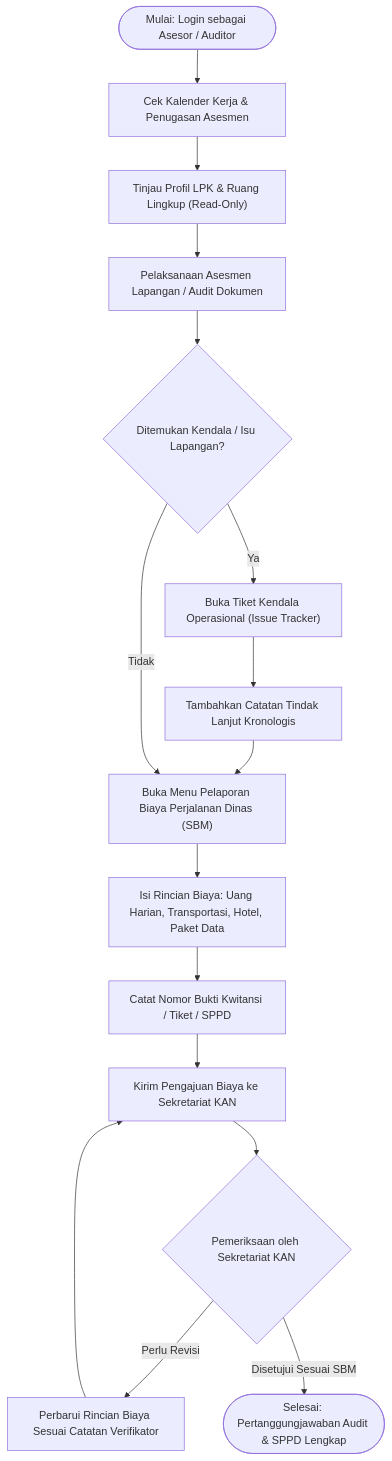
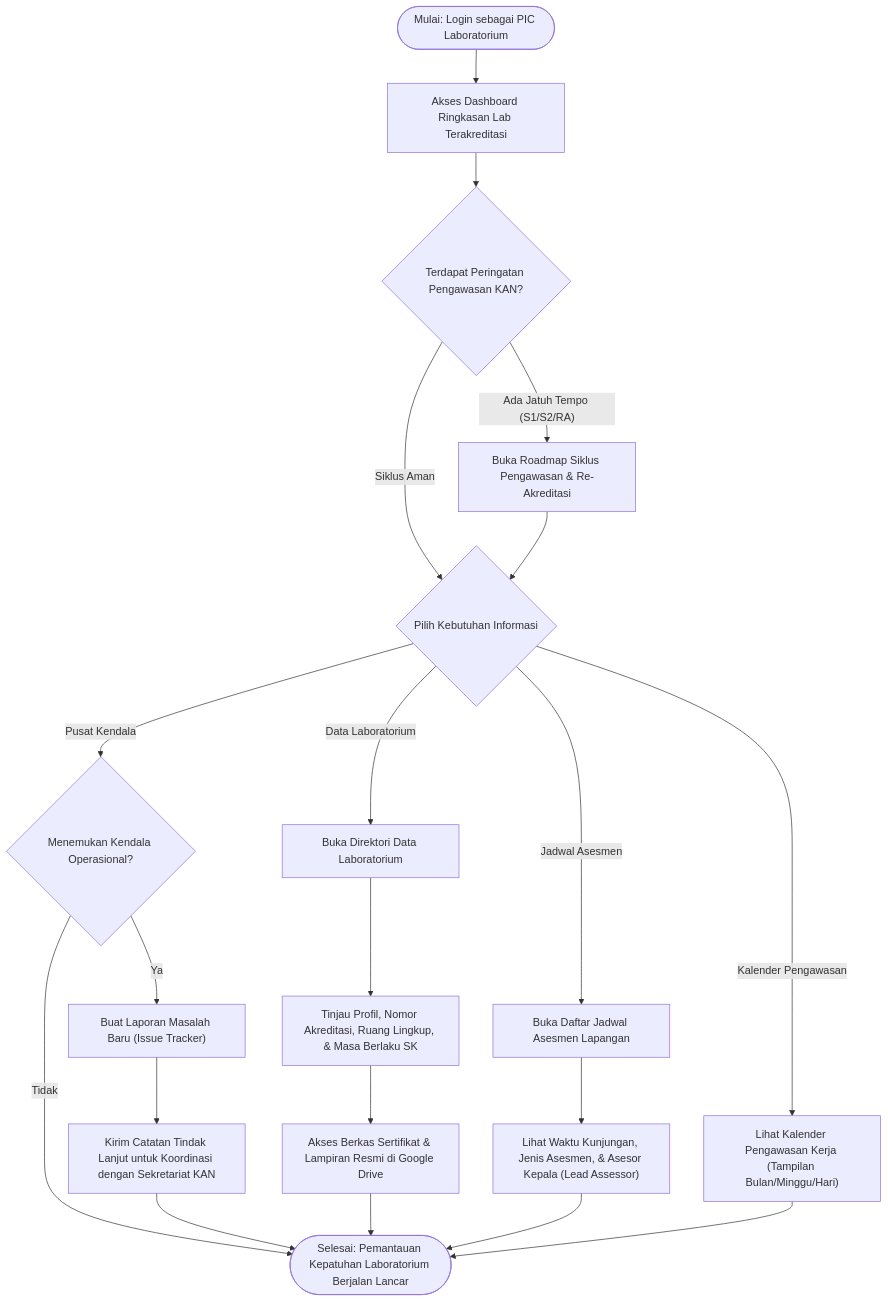
The second of 2 diagrams in README.md (greedykid/prototype-magang), drawn with Mermaid before and after one commit. The commit also changed other lines of this file and 37 other files, not shown here.

````diff
--- a/README.md
+++ b/README.md
@@ -141,21 +155,31 @@
 ```mermaid
 flowchart TD
-    StartAsesor(["Mulai: Login sebagai Asesor / Auditor"]) --> CekJadwal["Cek Kalender Kerja & Penugasan Asesmen"]
-    CekJadwal --> TinjauLPK["Tinjau Profil LPK & Ruang Lingkup (Read-Only)"]
-    TinjauLPK --> Pelaksanaan["Pelaksanaan Asesmen Lapangan / Audit Dokumen"]
+    StartPIC(["Mulai: Login sebagai PIC Laboratorium"]) --> DashboardPIC["Akses Dashboard Ringkasan Lab Terakreditasi"]
 
-    Pelaksanaan --> AdaKendala{"Ditemukan Kendala / Isu Lapangan?"}
-    AdaKendala -->|"Ya"| LaporIsu["Buka Tiket Kendala Operasional (Issue Tracker)"]
-    LaporIsu --> CatatFollowup["Tambahkan Catatan Tindak Lanjut Kronologis"]
-    CatatFollowup --> LaporBiaya["Buka Menu Pelaporan Biaya Perjalanan Dinas (SBM)"]
-    AdaKendala -->|"Tidak"| LaporBiaya
+    DashboardPIC --> CekNotif{"Terdapat Peringatan Pengawasan KAN?"}
+    CekNotif -->|"Ada Jatuh Tempo (S1/S2/RA)"| BukaRoadmap["Buka Roadmap Siklus Pengawasan & Re-Akreditasi"]
+    CekNotif -->|"Siklus Aman"| MenuPIC{"Pilih Kebutuhan Informasi"}
+    BukaRoadmap --> MenuPIC
 
-    LaporBiaya --> InputRincian["Isi Rincian Biaya: Uang Harian, Transportasi, Hotel, Paket Data"]
-    InputRincian --> LampirkanKwitansi["Catat Nomor Bukti Kwitansi / Tiket / SPPD"]
-    LampirkanKwitansi --> SubmitBiaya["Kirim Pengajuan Biaya ke Sekretariat KAN"]
+    %% 1. Direktori Lab & Dokumen Drive
+    MenuPIC -->|"Data Laboratorium"| LihatProfil["Buka Direktori Data Laboratorium"]
+    LihatProfil --> TinjauDetail["Tinjau Profil, Nomor Akreditasi, Ruang Lingkup, & Masa Berlaku SK"]
+    TinjauDetail --> BukaDrive["Akses Berkas Sertifikat & Lampiran Resmi di Google Drive"]
 
-    SubmitBiaya --> StatusBiaya{"Pemeriksaan oleh Sekretariat KAN"}
-    StatusBiaya -->|"Perlu Revisi"| PerbaikiBiaya["Perbarui Rincian Biaya Sesuai Catatan Verifikator"]
-    PerbaikiBiaya --> SubmitBiaya
-    StatusBiaya -->|"Disetujui Sesuai SBM"| SelesaiAsesor(["Selesai: Pertanggungjawaban Audit & SPPD Lengkap"])
+    %% 2. Jadwal Asesmen
+    MenuPIC -->|"Jadwal Asesmen"| CekAgenda["Buka Daftar Jadwal Asesmen Lapangan"]
+    CekAgenda --> RincianAgenda["Lihat Waktu Kunjungan, Jenis Asesmen, & Asesor Kepala (Lead Assessor)"]
+
+    %% 3. Kalender Pengawasan
+    MenuPIC -->|"Kalender Pengawasan"| BukaKalender["Lihat Kalender Pengawasan Kerja (Tampilan Bulan/Minggu/Hari)"]
+
+    %% 4. Pusat Kendala
+    MenuPIC -->|"Pusat Kendala"| LaporKendala{"Menemukan Kendala Operasional?"}
+    LaporKendala -->|"Ya"| BuatTiket["Buat Laporan Masalah Baru (Issue Tracker)"]
+    BuatTiket --> CatatFollowup["Kirim Catatan Tindak Lanjut untuk Koordinasi dengan Sekretariat KAN"]
+    LaporKendala -->|"Tidak"| SelesaiPIC(["Selesai: Pemantauan Kepatuhan Laboratorium Berjalan Lancar"])
+    CatatFollowup --> SelesaiPIC
+    BukaDrive --> SelesaiPIC
+    RincianAgenda --> SelesaiPIC
+    BukaKalender --> SelesaiPIC
 ```
````
